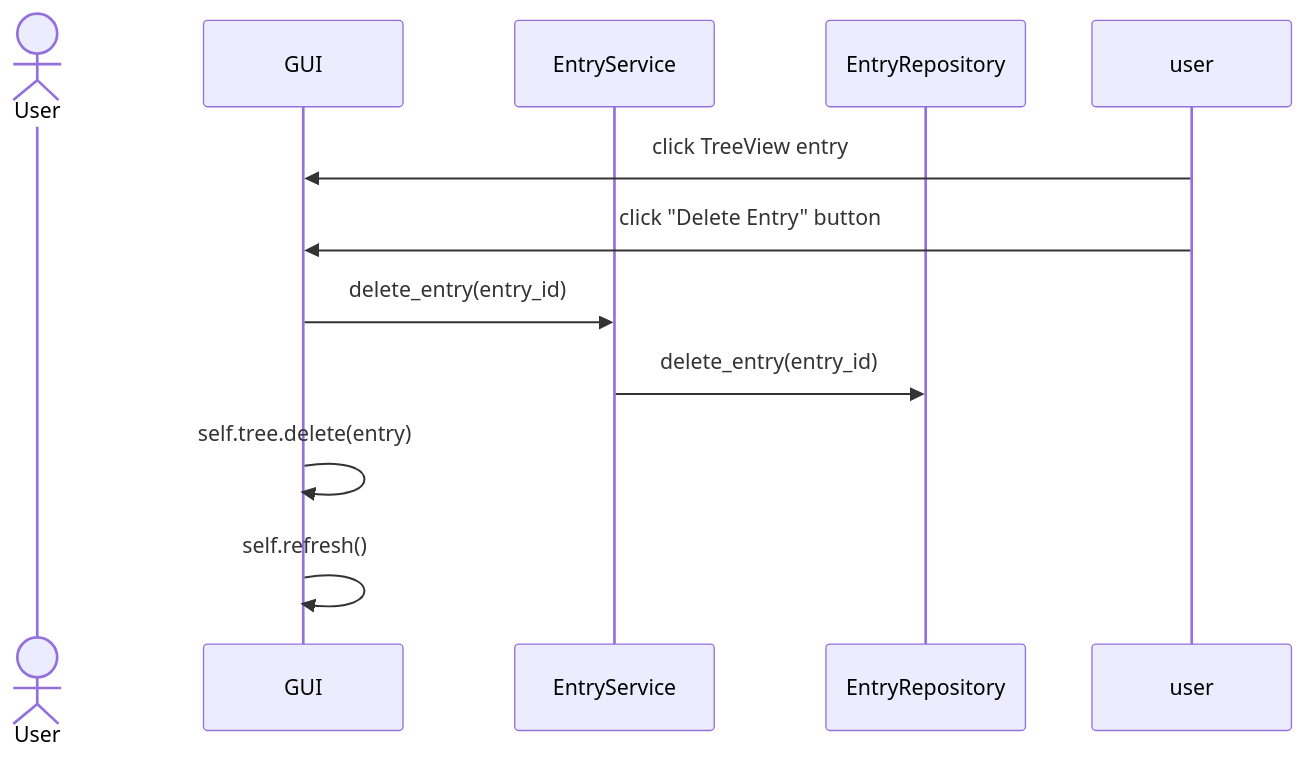
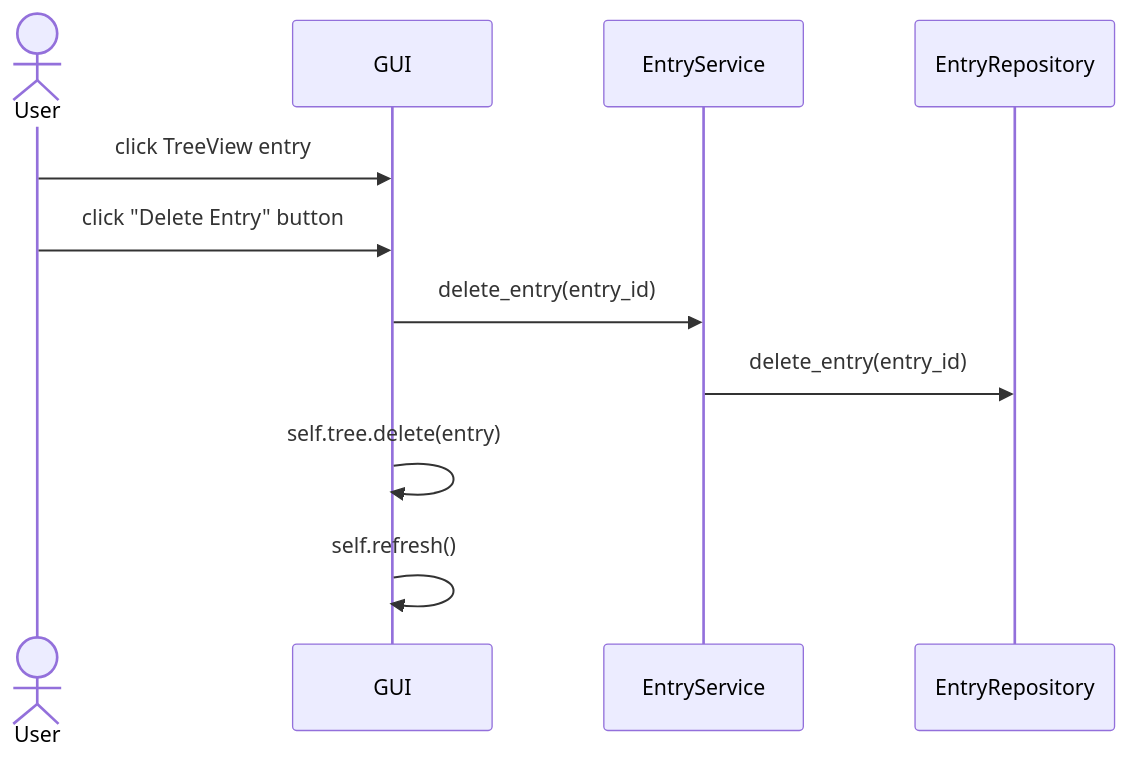
Before and after one commit to virhe/ot-harjoitustyo: the sixth of 6 diagrams in documentation/architecture.md, drawn with Mermaid. The commit also changed other lines of this file, not shown here.

Commit message:
Update architecture

````diff
--- a/documentation/architecture.md
+++ b/documentation/architecture.md
@@ -91,13 +128,13 @@
 ```mermaid
 sequenceDiagram
     actor User
     participant GUI
     participant EntryService
     participant EntryRepository
-    user ->> GUI: click TreeView entry
-    user ->> GUI: click "Delete Entry" button
+    User ->> GUI: click TreeView entry
+    User ->> GUI: click "Delete Entry" button
     GUI ->> EntryService: delete_entry(entry_id)
     EntryService ->> EntryRepository: delete_entry(entry_id)
     GUI ->> GUI: self.tree.delete(entry)
     GUI ->> GUI: self.refresh()
 ```
````
